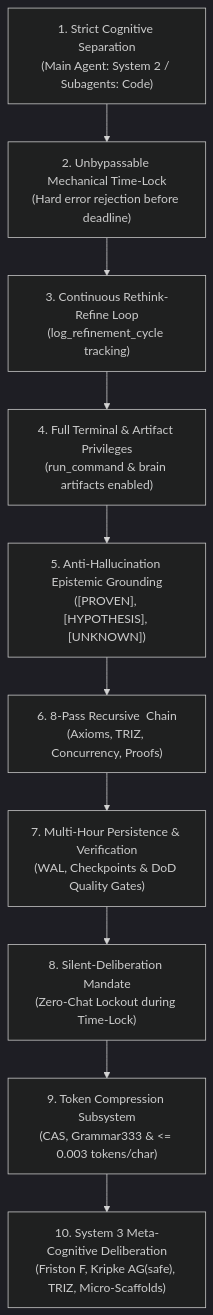
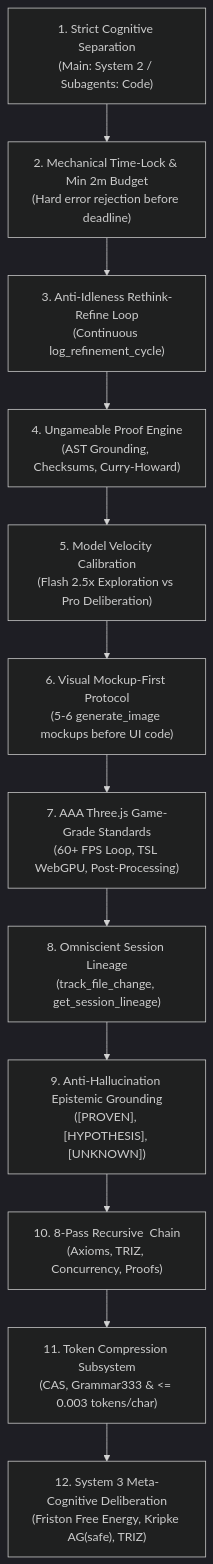
Before and after one commit to REX-codebase/fable-mode: the diagram in skills/fable-mode/SKILL.md, drawn with Mermaid (dark theme). The commit also changed other lines of this file and 23 other files, not shown here.

Commit message:
feat(release): v1.3.0 frontier ungameable proof engine, model velocity calibration, visual imagination, and session lineage

````diff
--- a/skills/fable-mode/SKILL.md
+++ b/skills/fable-mode/SKILL.md
@@ -83,12 +92,14 @@
 ```mermaid
 graph TD
-    P1["1. Strict Cognitive Separation<br/>(Main Agent: System 2 / Subagents: Code)"] --> P2["2. Unbypassable Mechanical Time-Lock<br/>(Hard error rejection before deadline)"]
-    P2 --> P3["3. Continuous Rethink-Refine Loop<br/>(log_refinement_cycle tracking)"]
-    P3 --> P4["4. Full Terminal & Artifact Privileges<br/>(run_command & brain artifacts enabled)"]
-    P4 --> P5["5. Anti-Hallucination Epistemic Grounding<br/>([PROVEN], [HYPOTHESIS], [UNKNOWN])"]
-    P5 --> P6["6. 8-Pass Recursive <thinking> Chain<br/>(Axioms, TRIZ, Concurrency, Proofs)"]
-    P6 --> P7["7. Multi-Hour Persistence & Verification<br/>(WAL, Checkpoints & DoD Quality Gates)"]
-    P7 --> P8["8. Silent-Deliberation Mandate<br/>(Zero-Chat Lockout during Time-Lock)"]
-    P8 --> P9["9. Token Compression Subsystem<br/>(CAS, Grammar333 & <= 0.003 tokens/char)"]
-    P9 --> P10["10. System 3 Meta-Cognitive Deliberation<br/>(Friston F, Kripke AG(safe), TRIZ, Micro-Scaffolds)"]
+    P1["1. Strict Cognitive Separation<br/>(Main: System 2 / Subagents: Code)"] --> P2["2. Mechanical Time-Lock & Min 2m Budget<br/>(Hard error rejection before deadline)"]
+    P2 --> P3["3. Anti-Idleness Rethink-Refine Loop<br/>(Continuous log_refinement_cycle)"]
+    P3 --> P4["4. Ungameable Proof Engine<br/>(AST Grounding, Checksums, Curry-Howard)"]
+    P4 --> P5["5. Model Velocity Calibration<br/>(Flash 2.5x Exploration vs Pro Deliberation)"]
+    P5 --> P6["6. Visual Mockup-First Protocol<br/>(5-6 generate_image mockups before UI code)"]
+    P6 --> P7["7. AAA Three.js Game-Grade Standards<br/>(60+ FPS Loop, TSL WebGPU, Post-Processing)"]
+    P7 --> P8["8. Omniscient Session Lineage<br/>(track_file_change, get_session_lineage)"]
+    P8 --> P9["9. Anti-Hallucination Epistemic Grounding<br/>([PROVEN], [HYPOTHESIS], [UNKNOWN])"]
+    P9 --> P10["10. 8-Pass Recursive <thinking> Chain<br/>(Axioms, TRIZ, Concurrency, Proofs)"]
+    P10 --> P11["11. Token Compression Subsystem<br/>(CAS, Grammar333 & <= 0.003 tokens/char)"]
+    P11 --> P12["12. System 3 Meta-Cognitive Deliberation<br/>(Friston Free Energy, Kripke AG(safe), TRIZ)"]
 ```
````
